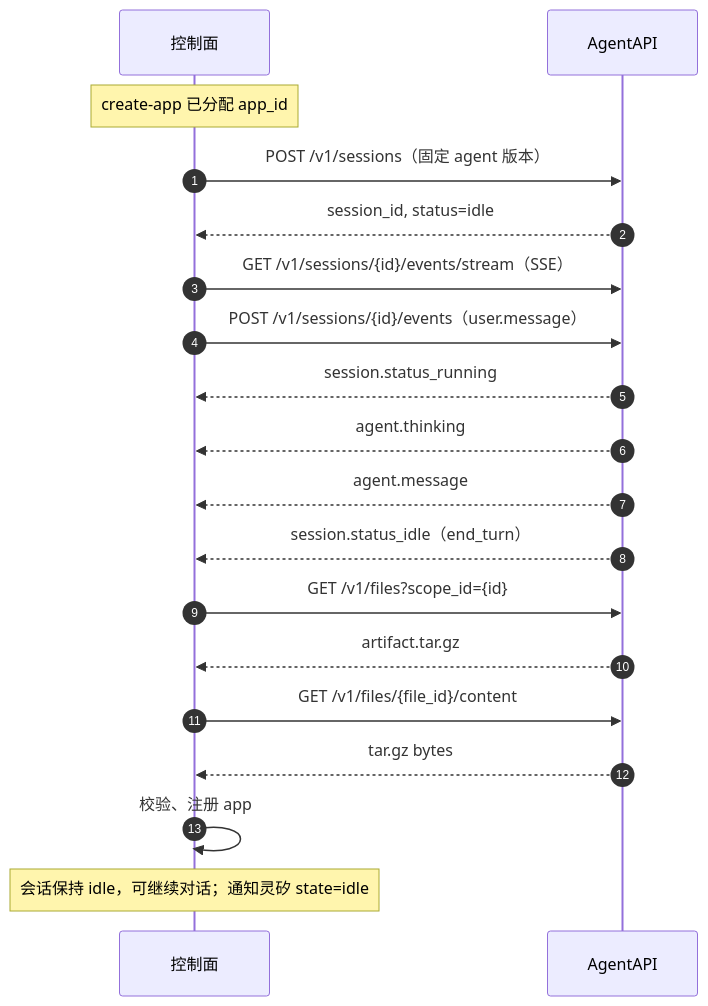
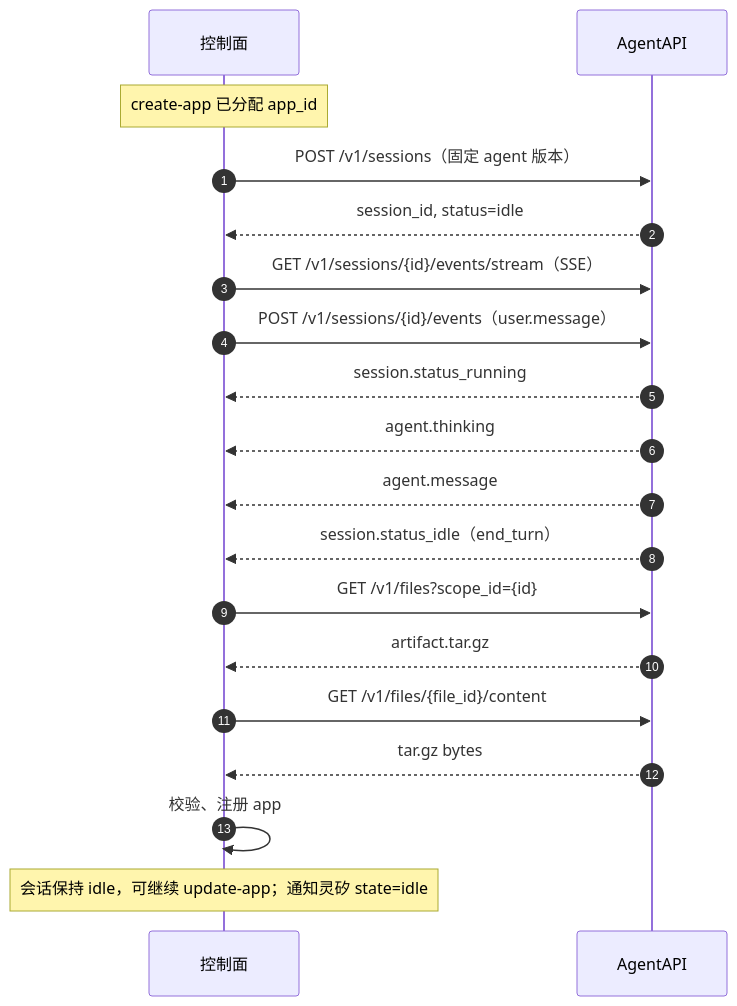
Before and after one commit to open-anywhere/open-anywhere: the diagram in docs/gateway-agentapi-interface.md, drawn with Mermaid. The commit also changed other lines of this file and 3 other files, not shown here.

````diff
--- a/docs/gateway-agentapi-interface.md
+++ b/docs/gateway-agentapi-interface.md
@@ -259,22 +264,22 @@
 ```mermaid
 sequenceDiagram
   autonumber
   participant C as 控制面
   participant A as AgentAPI
 
   Note over C: create-app 已分配 app_id
   C->>A: POST /v1/sessions（固定 agent 版本）
   A-->>C: session_id, status=idle
   C->>A: GET /v1/sessions/{id}/events/stream（SSE）
   C->>A: POST /v1/sessions/{id}/events（user.message）
   A-->>C: session.status_running
   A-->>C: agent.thinking
   A-->>C: agent.message
   A-->>C: session.status_idle（end_turn）
   C->>A: GET /v1/files?scope_id={id}
   A-->>C: artifact.tar.gz
   C->>A: GET /v1/files/{file_id}/content
   A-->>C: tar.gz bytes
   C->>C: 校验、注册 app
-  Note over C: 会话保持 idle，可继续对话；通知灵矽 state=idle
+  Note over C: 会话保持 idle，可继续 update-app；通知灵矽 state=idle
 ```
````
